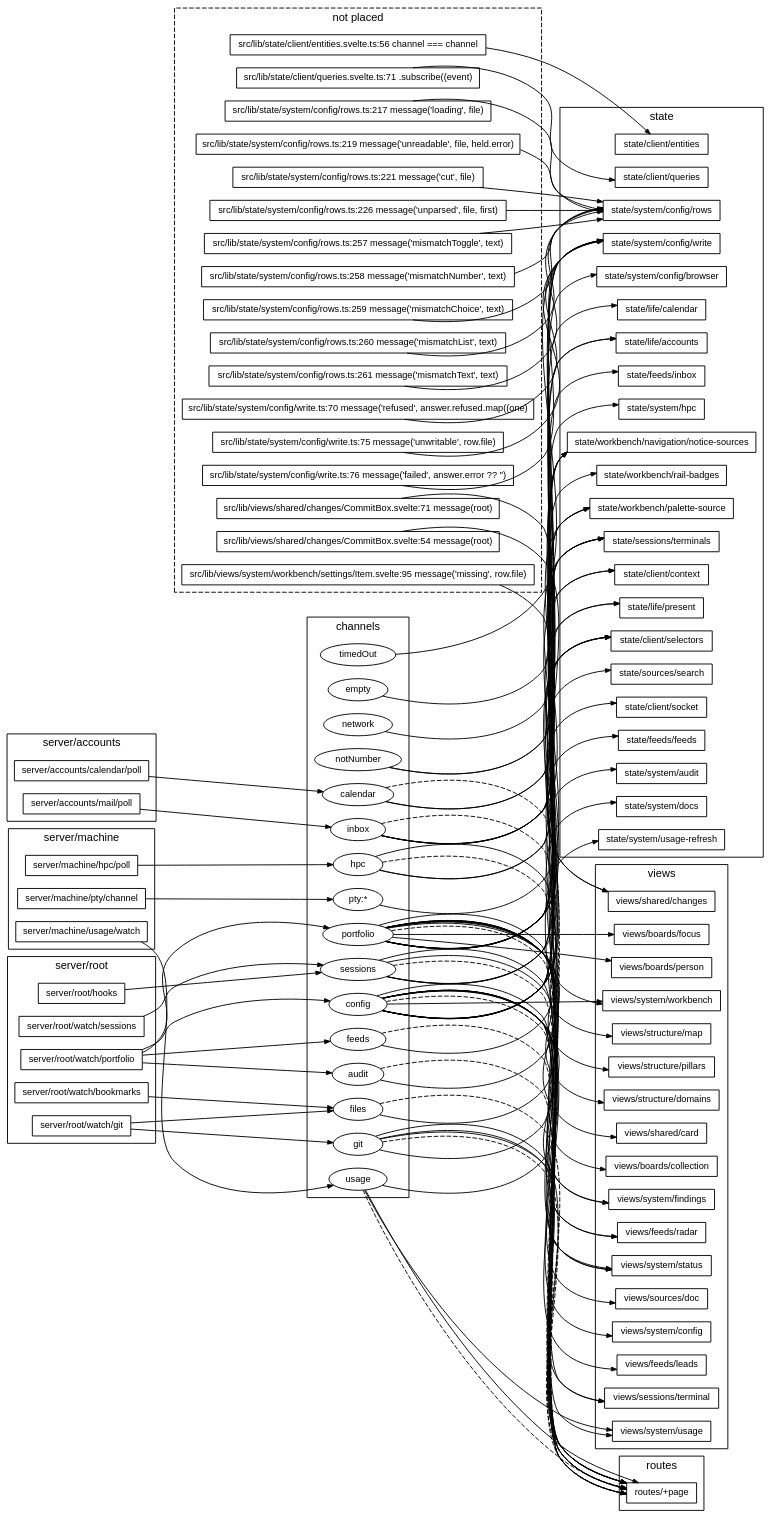
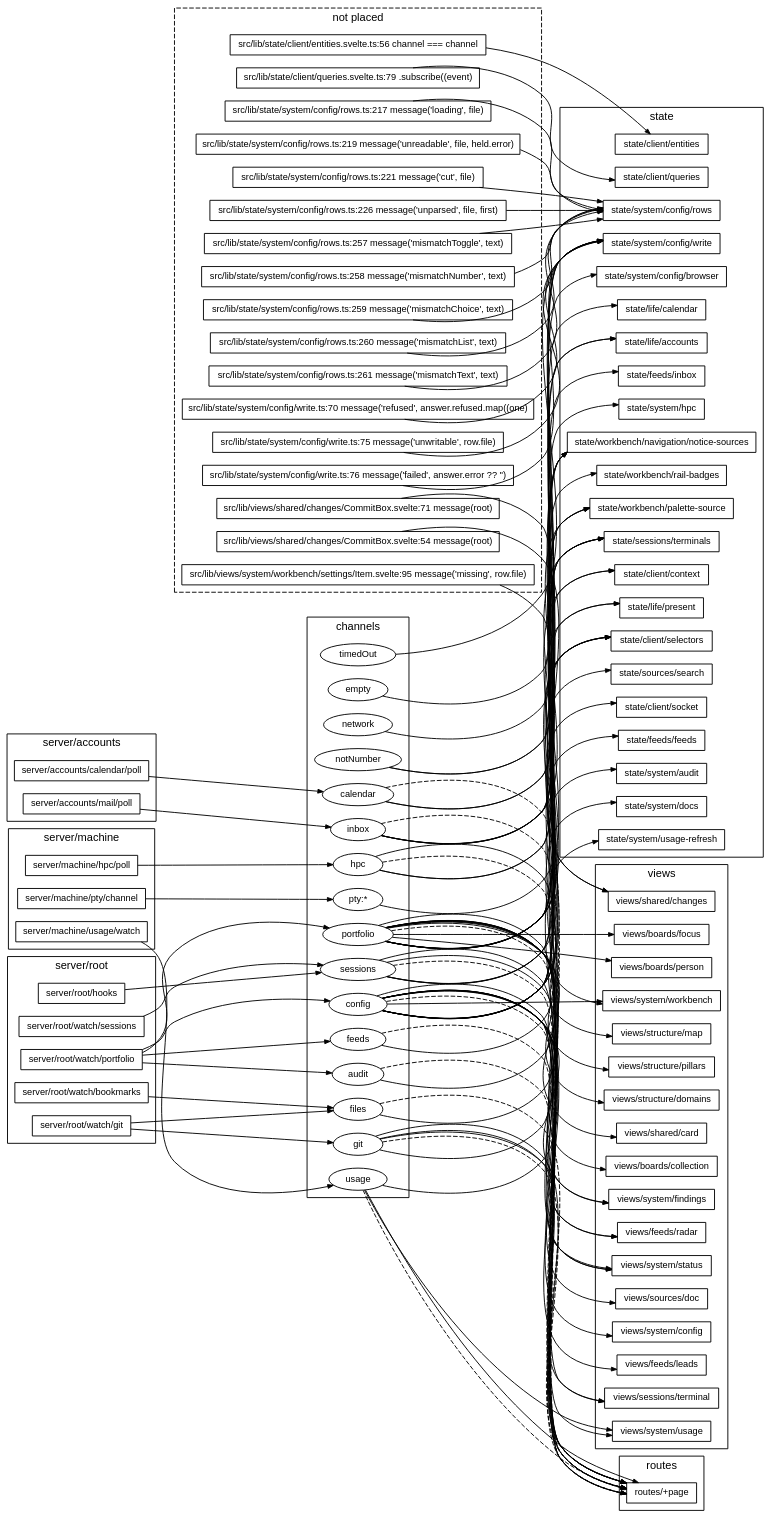
The diagram in docs/diagrams/channels.dot (TheAxeC/oculus), drawn with Graphviz before and after one commit. The commit also changed 31 other files, not shown here.

```diff
--- a/docs/diagrams/channels.dot
+++ b/docs/diagrams/channels.dot
@@ -43,7 +43,7 @@
     subgraph "cluster_lost" {
         label="not placed"; style=dashed;
         "? src/lib/state/client/entities.svelte.ts:56" [label="src/lib/state/client/entities.svelte.ts:56 channel === channel"];
-        "? src/lib/state/client/queries.svelte.ts:71" [label="src/lib/state/client/queries.svelte.ts:71 .subscribe((event)"];
+        "? src/lib/state/client/queries.svelte.ts:79" [label="src/lib/state/client/queries.svelte.ts:79 .subscribe((event)"];
         "? src/lib/state/system/config/rows.ts:217" [label="src/lib/state/system/config/rows.ts:217 message('loading', file)"];
         "? src/lib/state/system/config/rows.ts:219" [label="src/lib/state/system/config/rows.ts:219 message('unreadable', file, held.error)"];
         "? src/lib/state/system/config/rows.ts:221" [label="src/lib/state/system/config/rows.ts:221 message('cut', file)"];
@@ -110,7 +110,7 @@
         "routes/+page";
     }
     "? src/lib/state/client/entities.svelte.ts:56" -> "state/client/entities";
-    "? src/lib/state/client/queries.svelte.ts:71" -> "state/client/queries";
+    "? src/lib/state/client/queries.svelte.ts:79" -> "state/client/queries";
     "? src/lib/state/system/config/rows.ts:217" -> "state/system/config/rows";
     "? src/lib/state/system/config/rows.ts:219" -> "state/system/config/rows";
     "? src/lib/state/system/config/rows.ts:221" -> "state/system/config/rows";
```
